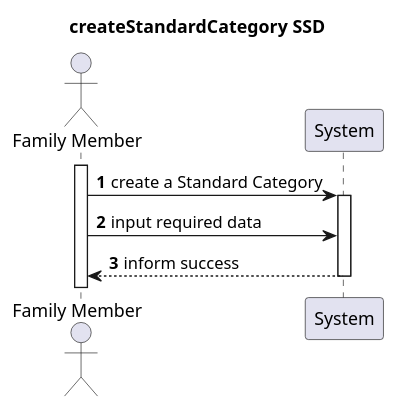
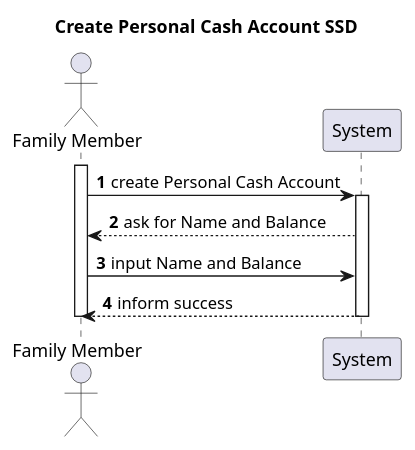
Before and after one commit to tomas-osswald/switch_2020_g3: the first of 3 diagrams in docs/sprint2/user_stories/US170_CreatePersonalCashAccount.md, drawn with PlantUML. The commit also changed other lines of this file, not shown here.

Commit message:
finished sequence diagram for us170

`````diff
--- a/docs/sprint2/user_stories/US170_CreatePersonalCashAccount.md
+++ b/docs/sprint2/user_stories/US170_CreatePersonalCashAccount.md
@@ -25,16 +25,17 @@
 ```` puml
 
     autonumber
-    title createStandardCategory SSD
+    title Create Personal Cash Account SSD
     actor "Family Member" as systemManager
     participant "System" as system
 
     activate systemManager
-    systemManager -> system: create a Standard Category
+    systemManager -> system: create Personal Cash Account
     activate system
-    systemManager -> system: input required data
+   system --> systemManager: ask for Name and Balance
+   systemManager->system: input Name and Balance
     system --> systemManager: inform success
     deactivate system
-
+    deactivate systemManager
 @endpuml
 ````
`````
